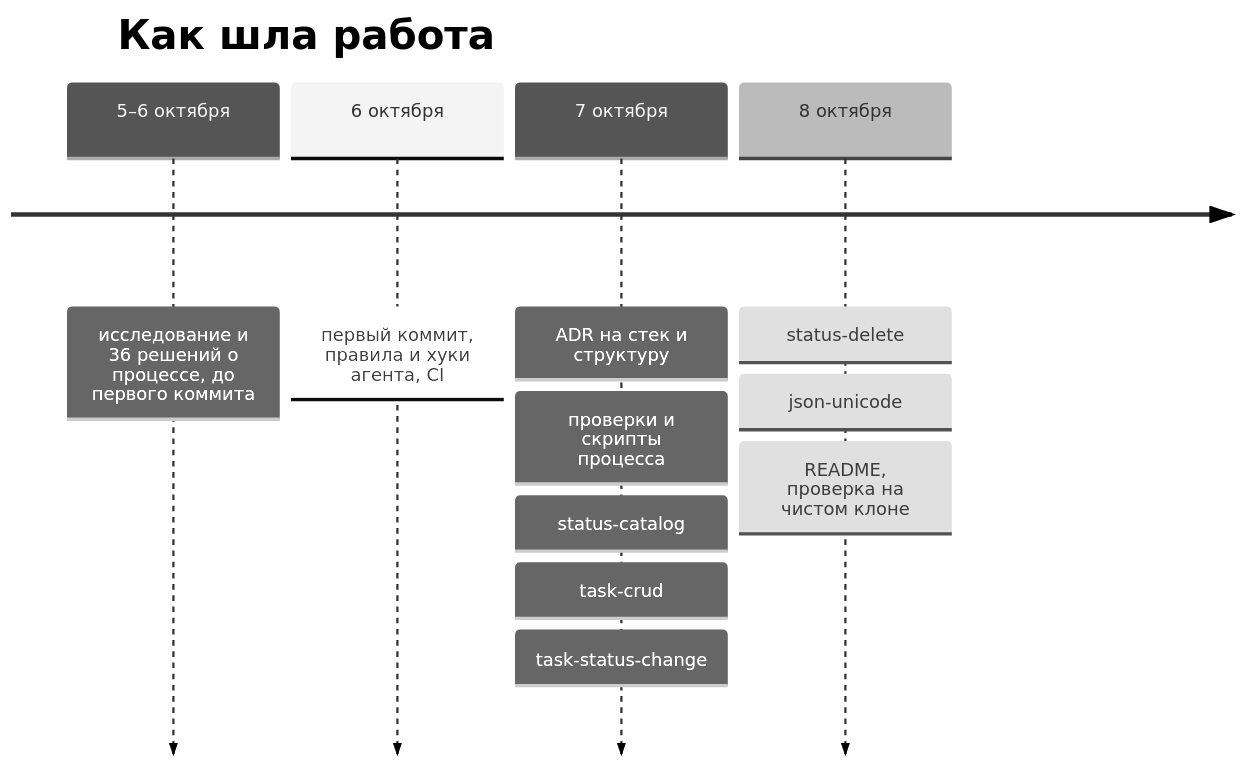
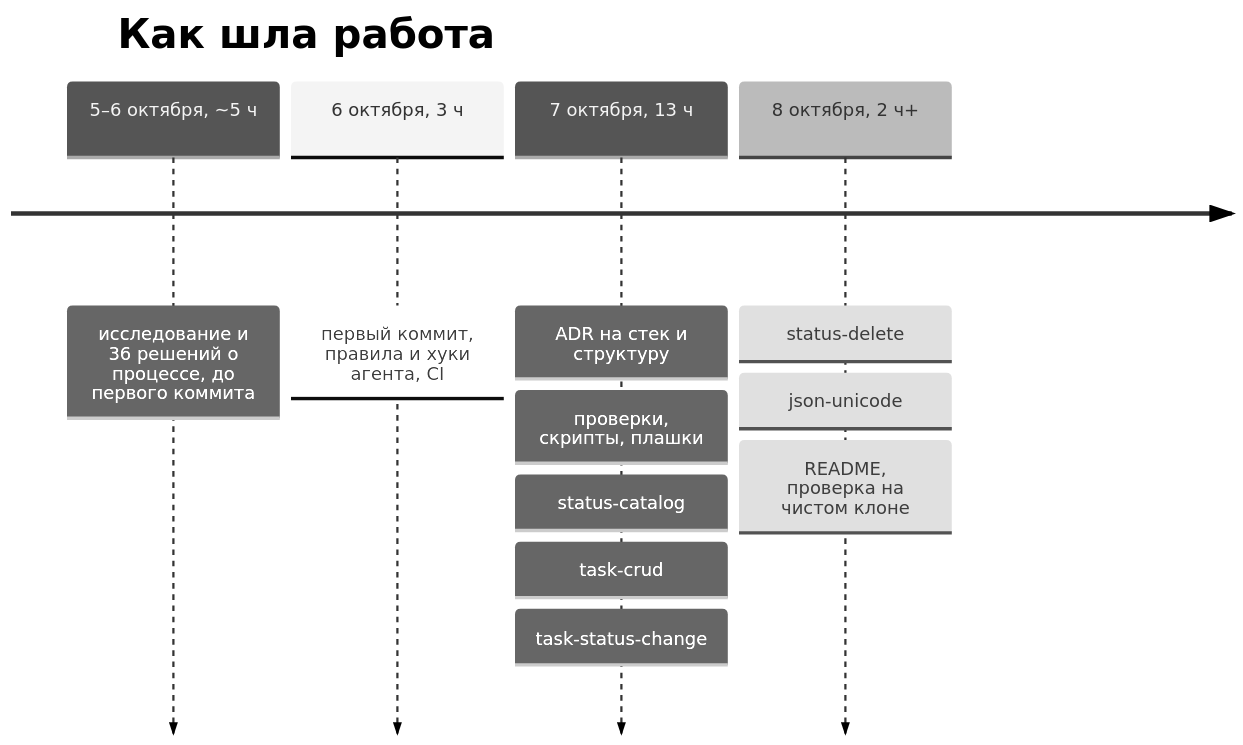
The fifth of 5 diagrams in README.md (rikire/task-manager-api), drawn with Mermaid (neutral theme) before and after one commit. The commit also changed other lines of this file and 1 other file, not shown here.

````diff
--- a/README.md
+++ b/README.md
@@ -320,8 +342,8 @@
 ```mermaid
 timeline
     title Как шла работа
-    5–6 октября : исследование и 36 решений о процессе, до первого коммита
-    6 октября : первый коммит, правила и хуки агента, CI
-    7 октября : ADR на стек и структуру : проверки и скрипты процесса : status-catalog : task-crud : task-status-change
-    8 октября : status-delete : json-unicode : README, проверка на чистом клоне
+    5–6 октября, ~5 ч : исследование и 36 решений о процессе, до первого коммита
+    6 октября, 3 ч : первый коммит, правила и хуки агента, CI
+    7 октября, 13 ч : ADR на стек и структуру : проверки, скрипты, плашки : status-catalog : task-crud : task-status-change
+    8 октября, 2 ч+ : status-delete : json-unicode : README, проверка на чистом клоне
 ```
````
